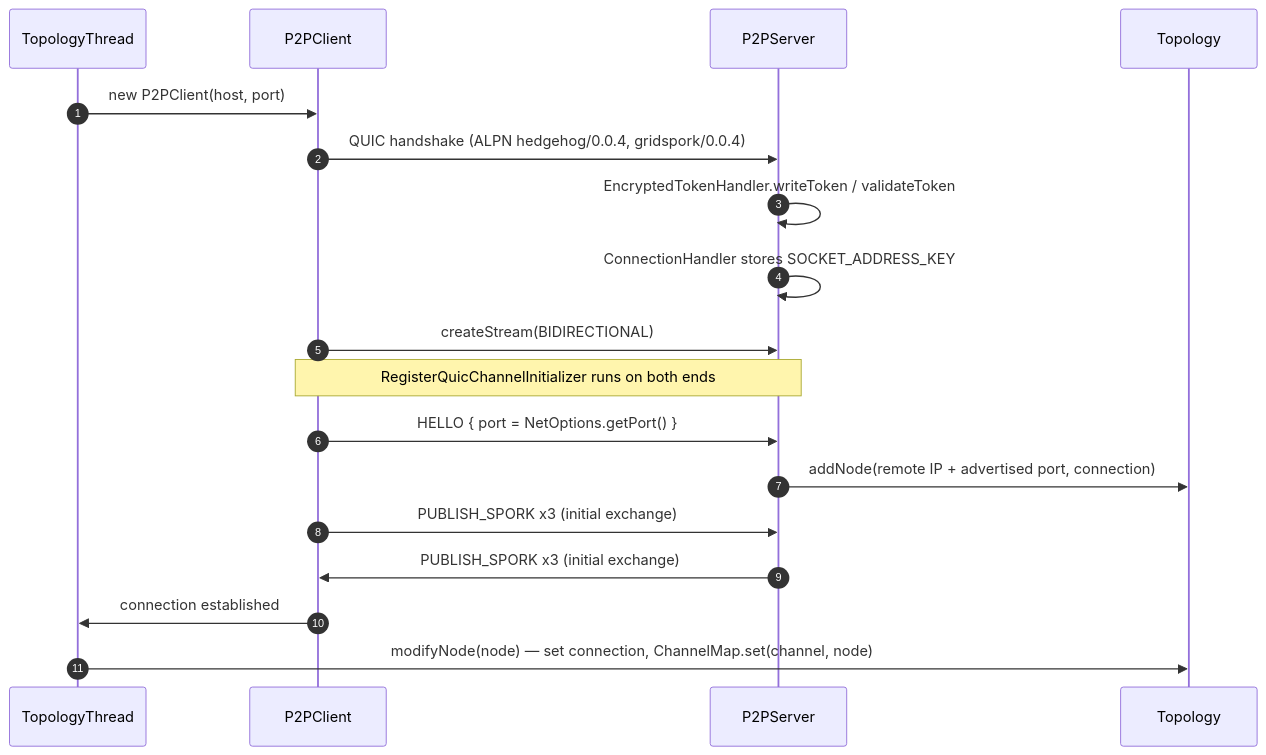
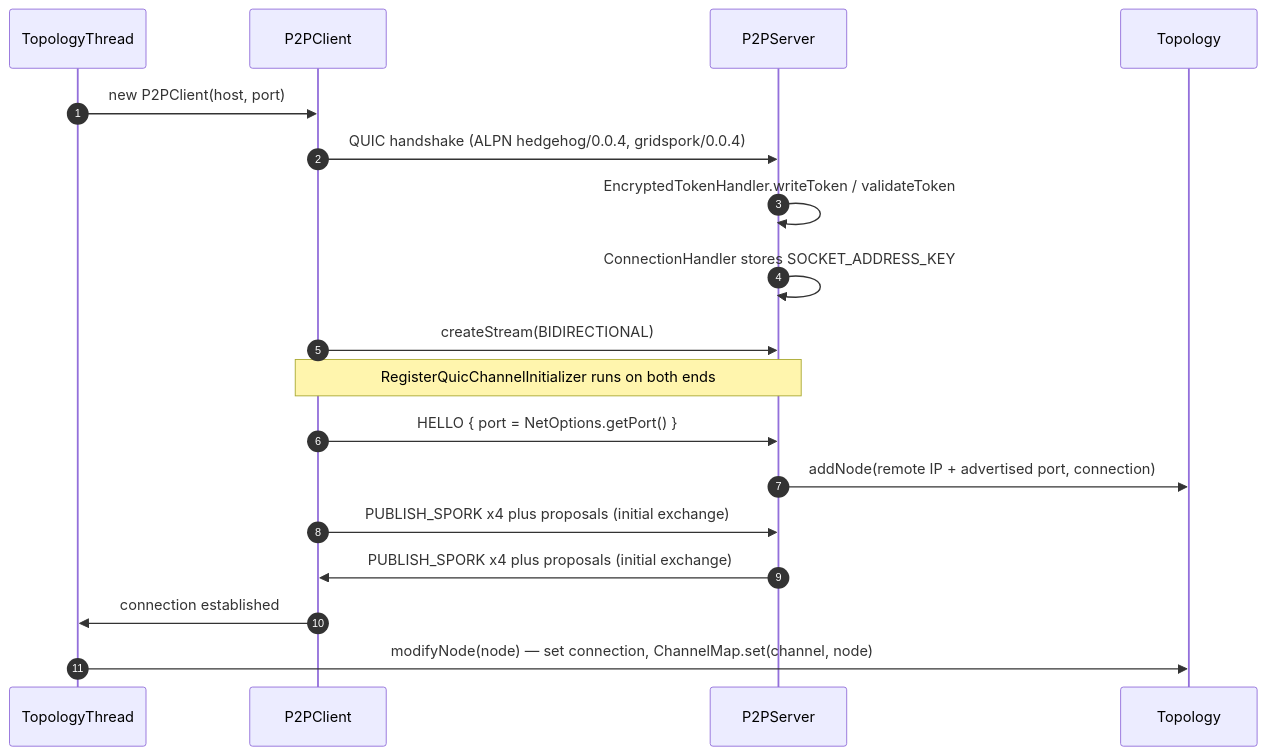
One commit to unigrid-project/hedgehog changed the second of 6 diagrams in documentation/network-protocol.md. Above: the diagram before and after it, drawn with Mermaid. The commit also changed other lines of this file, not shown here.

````diff
--- a/documentation/network-protocol.md
+++ b/documentation/network-protocol.md
@@ -1123,21 +1431,21 @@
 ```mermaid
 sequenceDiagram
     autonumber
     participant T as TopologyThread
     participant C as P2PClient
     participant S as P2PServer
     participant TP as Topology
 
     T->>C: new P2PClient(host, port)
     C->>S: QUIC handshake (ALPN hedgehog/0.0.4, gridspork/0.0.4)
     S->>S: EncryptedTokenHandler.writeToken / validateToken
     S->>S: ConnectionHandler stores SOCKET_ADDRESS_KEY
     C->>S: createStream(BIDIRECTIONAL)
     Note over C,S: RegisterQuicChannelInitializer runs on both ends
     C->>S: HELLO { port = NetOptions.getPort() }
     S->>TP: addNode(remote IP + advertised port, connection)
-    C->>S: PUBLISH_SPORK x3 (initial exchange)
-    S->>C: PUBLISH_SPORK x3 (initial exchange)
+    C->>S: PUBLISH_SPORK x4 plus proposals (initial exchange)
+    S->>C: PUBLISH_SPORK x4 plus proposals (initial exchange)
     C->>T: connection established
     T->>TP: modifyNode(node) — set connection, ChannelMap.set(channel, node)
 ```
````
